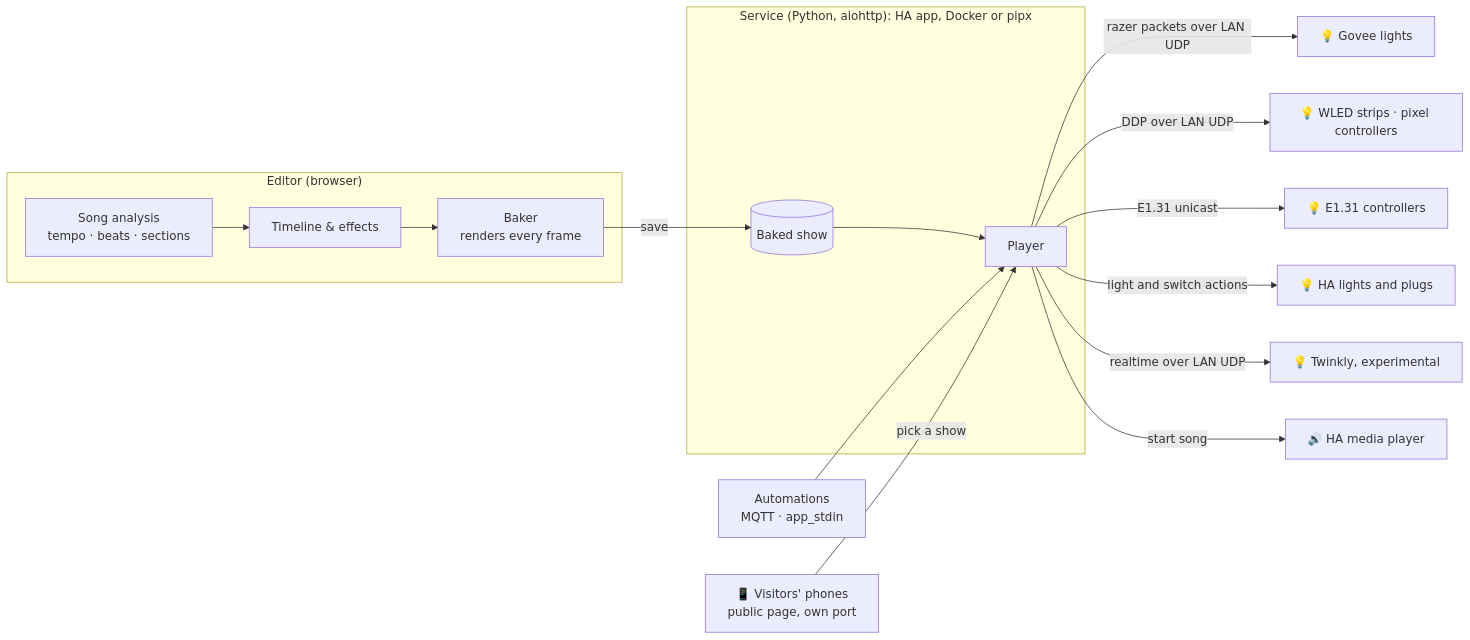
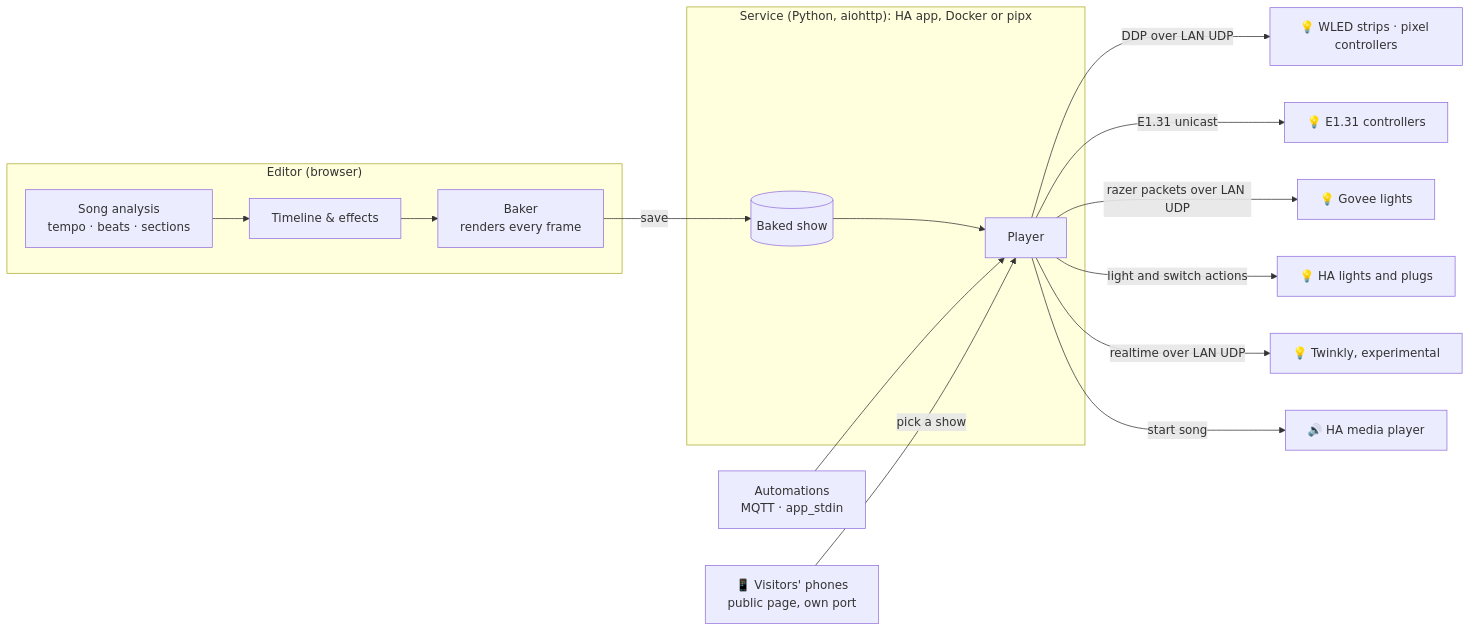
Before and after one commit to gdeboos/ha-liday-show: the diagram in README.md, drawn with Mermaid. The commit also changed other lines of this file and 17 other files, not shown here.

````diff
--- a/README.md
+++ b/README.md
@@ -246,19 +249,19 @@
 ```mermaid
 flowchart LR
     subgraph Browser["Editor (browser)"]
         A[Song analysis<br/>tempo · beats · sections] --> B[Timeline &amp; effects]
         B --> C[Baker<br/>renders every frame]
     end
     subgraph Addon["Service (Python, aiohttp): HA app, Docker or pipx"]
         D[(Baked show)] --> E[Player]
     end
     C -- save --> D
-    E -- "razer packets over LAN UDP" --> F[💡 Govee lights]
     E -- "DDP over LAN UDP" --> W[💡 WLED strips · pixel controllers]
     E -- "E1.31 unicast" --> X[💡 E1.31 controllers]
+    E -- "razer packets over LAN UDP" --> F[💡 Govee lights]
     E -- "light and switch actions" --> Y[💡 HA lights and plugs]
     E -- "realtime over LAN UDP" --> Z[💡 Twinkly, experimental]
     E -- "start song" --> G[🔊 HA media player]
     H[Automations<br/>MQTT · app_stdin] --> E
     V["📱 Visitors' phones<br/>public page, own port"] -- "pick a show" --> E
 ```
````
